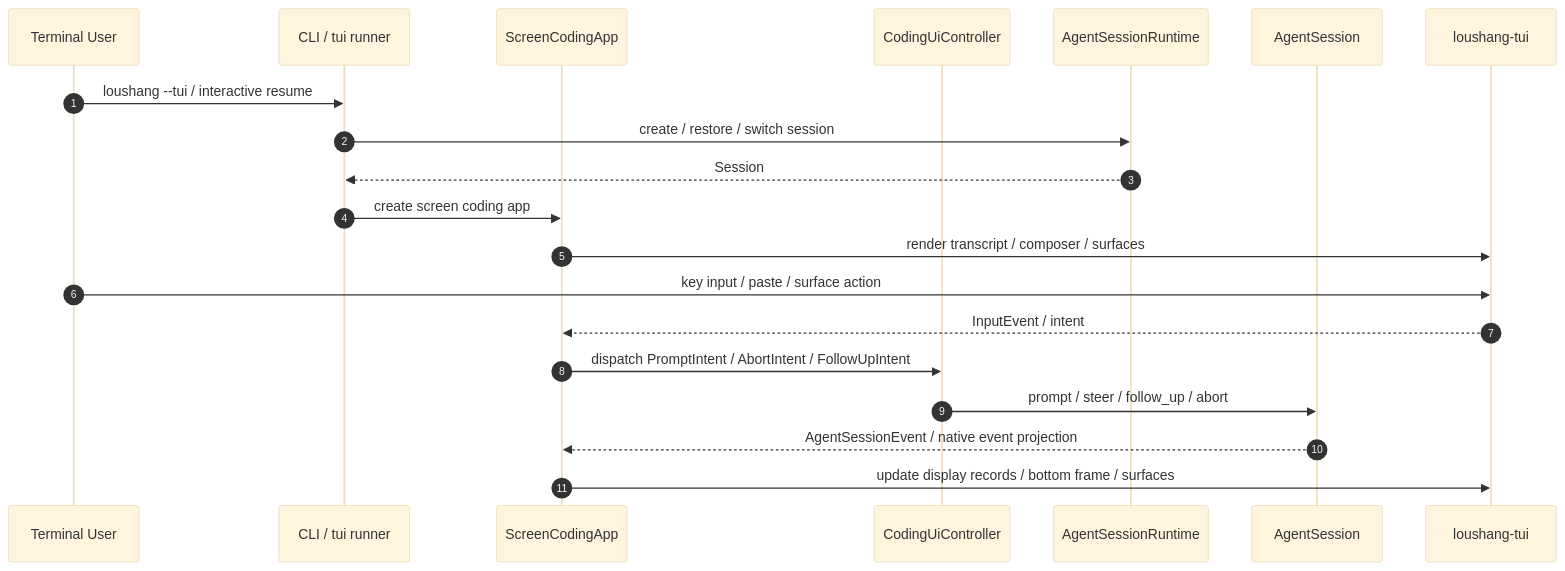
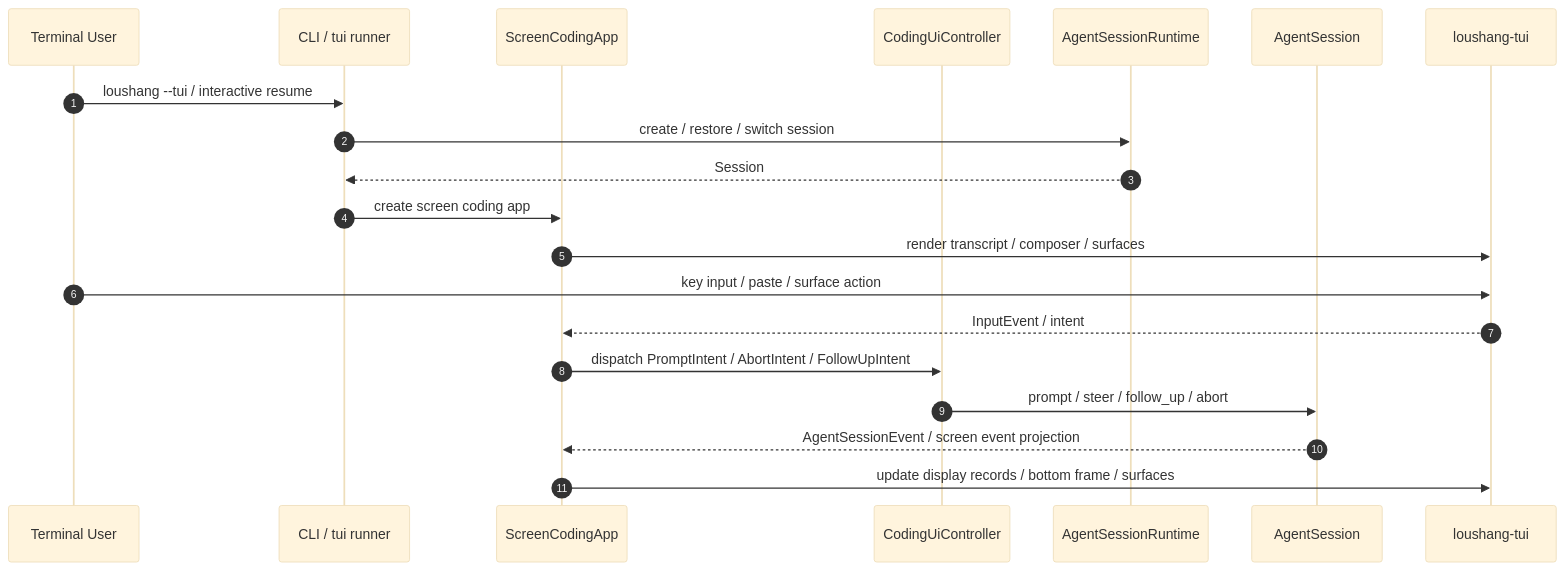
One commit to wrongbutworks/loushang changed the fifth of 5 diagrams in docs/internals/architecture/coding/loushang-coding-key-mode-sequences.md. Above: the diagram before and after it, drawn with Mermaid (base theme). The commit also changed other lines of this file and 7 other files, not shown here.

Commit message:
docs(coding): align screen UI architecture terminology

````diff
--- a/docs/internals/architecture/coding/loushang-coding-key-mode-sequences.md
+++ b/docs/internals/architecture/coding/loushang-coding-key-mode-sequences.md
@@ -325,23 +325,23 @@
 ```mermaid
 sequenceDiagram
   autonumber
   participant User as Terminal User
   participant CLI as CLI / tui runner
   participant App as ScreenCodingApp
   participant Controller as CodingUiController
   participant Runtime as AgentSessionRuntime
   participant Session as AgentSession
   participant TUI as loushang-tui
 
   User->>CLI: loushang --tui / interactive resume
   CLI->>Runtime: create / restore / switch session
   Runtime-->>CLI: Session
   CLI->>App: create screen coding app
   App->>TUI: render transcript / composer / surfaces
   User->>TUI: key input / paste / surface action
   TUI-->>App: InputEvent / intent
   App->>Controller: dispatch PromptIntent / AbortIntent / FollowUpIntent
   Controller->>Session: prompt / steer / follow_up / abort
-  Session-->>App: AgentSessionEvent / native event projection
+  Session-->>App: AgentSessionEvent / screen event projection
   App->>TUI: update display records / bottom frame / surfaces
 ```
````
